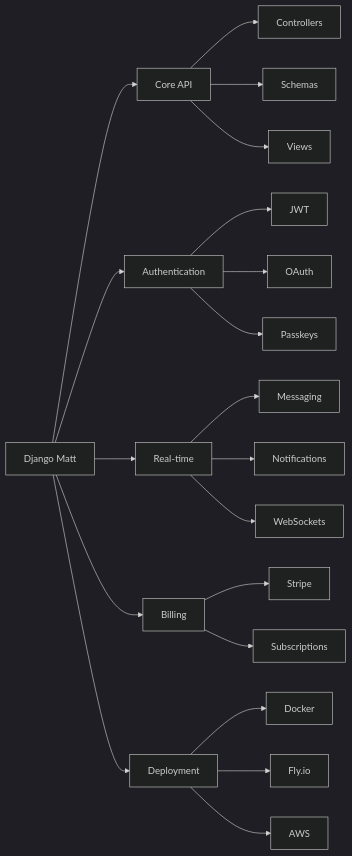
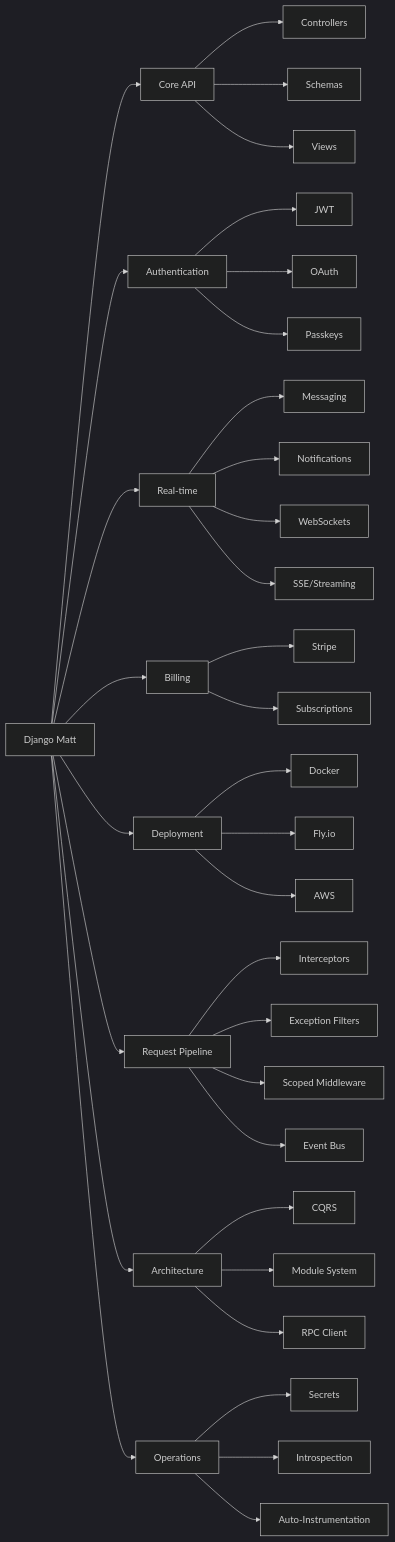
Before and after one commit to mattjaikaran/django-matt: the diagram in README.md, drawn with Mermaid (dark theme). The commit also changed other lines of this file and 1 other file, not shown here.

````diff
--- a/README.md
+++ b/README.md
@@ -10,27 +10,44 @@
 ```mermaid
 graph LR
     A[Django Matt] --> B[Core API]
     A --> C[Authentication]
     A --> D[Real-time]
     A --> E[Billing]
     A --> F[Deployment]
+    A --> G[Request Pipeline]
+    A --> H[Architecture]
+    A --> I[Operations]
 
     B --> B1[Controllers]
     B --> B2[Schemas]
     B --> B3[Views]
 
     C --> C1[JWT]
     C --> C2[OAuth]
     C --> C3[Passkeys]
 
     D --> D1[Messaging]
     D --> D2[Notifications]
     D --> D3[WebSockets]
+    D --> D4[SSE/Streaming]
 
     E --> E1[Stripe]
     E --> E2[Subscriptions]
 
     F --> F1[Docker]
     F --> F2[Fly.io]
     F --> F3[AWS]
+
+    G --> G1[Interceptors]
+    G --> G2[Exception Filters]
+    G --> G3[Scoped Middleware]
+    G --> G4[Event Bus]
+
+    H --> H1[CQRS]
+    H --> H2[Module System]
+    H --> H3[RPC Client]
+
+    I --> I1[Secrets]
+    I --> I2[Introspection]
+    I --> I3[Auto-Instrumentation]
 ```
````
